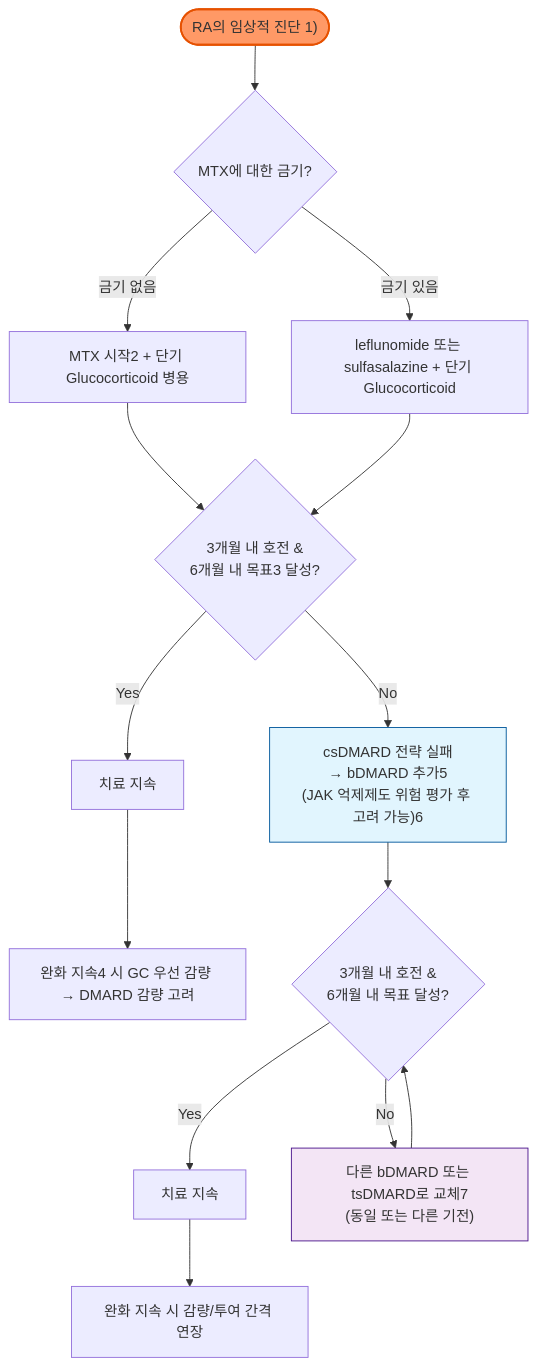
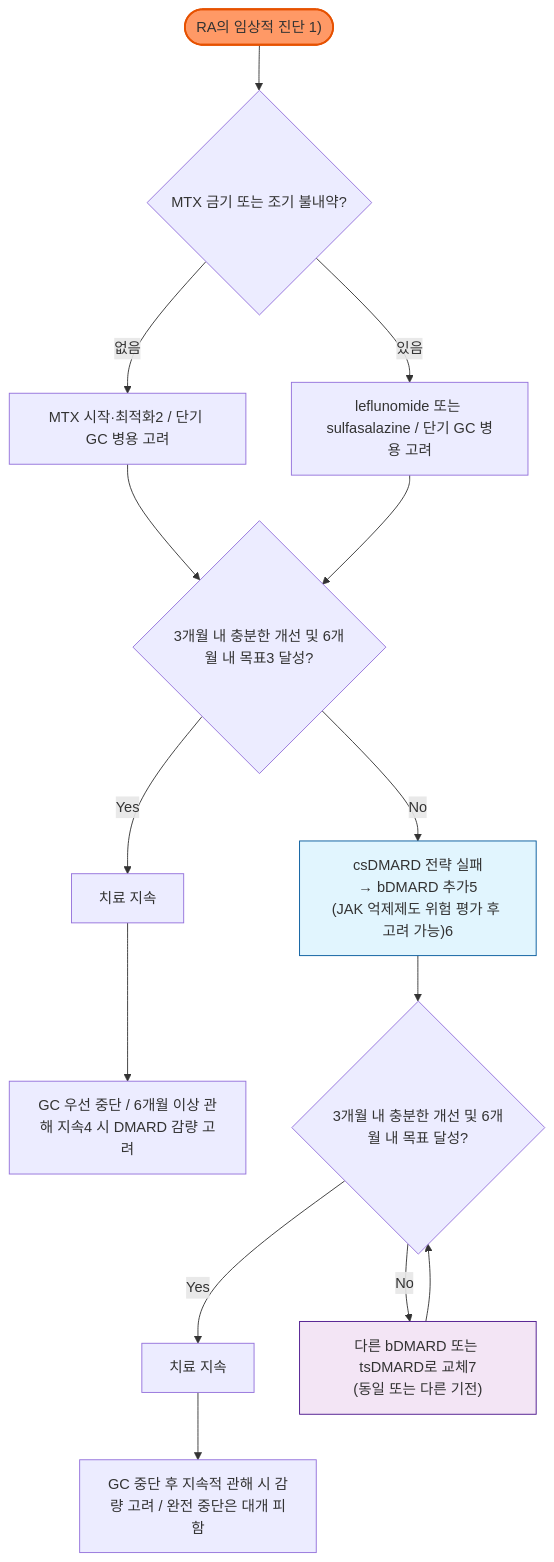
The diagram in 228_/151_-rheumatoid-arthritis.md (familyoh77/familyoh77), drawn with Mermaid before and after one commit. The commit also changed other lines of this file and 3 other files, not shown here.

````diff
--- a/228_/151_-rheumatoid-arthritis.md
+++ b/228_/151_-rheumatoid-arthritis.md
@@ -188,20 +199,20 @@
 ```mermaid
 graph TD
-    A(["RA의 임상적 진단 1)"]) --> B{"MTX에 대한 금기?"}
-    B -->|금기 없음| C["MTX 시작2 + 단기 Glucocorticoid 병용"]
-    B -->|금기 있음| D["leflunomide 또는 sulfasalazine + 단기 Glucocorticoid"]
-    C --> E{3개월 내 호전 &\n6개월 내 목표3 달성?}
+    A(["RA의 임상적 진단 1)"]) --> B{"MTX 금기 또는 조기 불내약?"}
+    B -->|없음| C["MTX 시작·최적화2 / 단기 GC 병용 고려"]
+    B -->|있음| D["leflunomide 또는 sulfasalazine / 단기 GC 병용 고려"]
+    C --> E{"3개월 내 충분한 개선 및 6개월 내 목표3 달성?"}
     D --> E
     E -->|Yes| F[치료 지속]
-    F --> G[완화 지속4 시 GC 우선 감량 → DMARD 감량 고려]
+    F --> G["GC 우선 중단 / 6개월 이상 관해 지속4 시 DMARD 감량 고려"]
     E -->|No| H["csDMARD 전략 실패\n→ bDMARD 추가5\n(JAK 억제제도 위험 평가 후 고려 가능)6"]
-    H --> I{3개월 내 호전 &\n6개월 내 목표 달성?}
+    H --> I{"3개월 내 충분한 개선 및 6개월 내 목표 달성?"}
     I -->|Yes| J[치료 지속]
-    J --> K[완화 지속 시 감량/투여 간격 연장]
+    J --> K["GC 중단 후 지속적 관해 시 감량 고려 / 완전 중단은 대개 피함"]
     I -->|No| L["다른 bDMARD 또는 tsDMARD로 교체7\n(동일 또는 다른 기전)"]
     L --> I
 
     style A fill:#f96,stroke:#e65100,stroke-width:2px
     style H fill:#e1f5fe,stroke:#01579b
     style L fill:#f3e5f5,stroke:#4a148c
 ```
````
